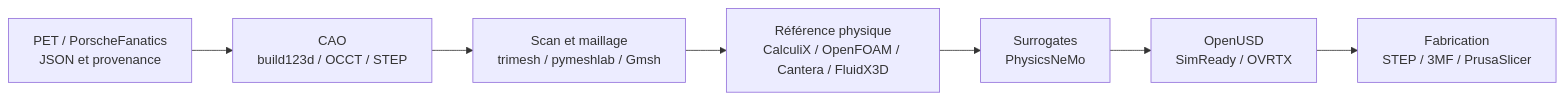
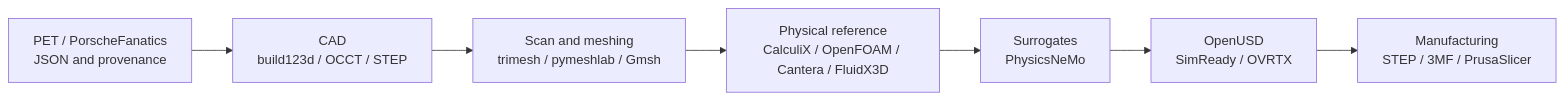
Before and after one commit to cluster2600/porscheparts: the first of 2 diagrams in docs/SOFTWARE_STACK.md, drawn with Mermaid. The commit also changed other lines of this file and 79 other files, not shown here.

````diff
--- a/docs/SOFTWARE_STACK.md
+++ b/docs/SOFTWARE_STACK.md
@@ -18,9 +19,9 @@
 ```mermaid
 flowchart LR
-    PET["PET / PorscheFanatics<br/>JSON et provenance"] --> CAD["CAO<br/>build123d / OCCT / STEP"]
-    CAD --> MESH["Scan et maillage<br/>trimesh / pymeshlab / Gmsh"]
-    MESH --> CAE["Référence physique<br/>CalculiX / OpenFOAM / Cantera / FluidX3D"]
+    PET["PET / PorscheFanatics<br/>JSON and provenance"] --> CAD["CAD<br/>build123d / OCCT / STEP"]
+    CAD --> MESH["Scan and meshing<br/>trimesh / pymeshlab / Gmsh"]
+    MESH --> CAE["Physical reference<br/>CalculiX / OpenFOAM / Cantera / FluidX3D"]
     CAE --> PN["Surrogates<br/>PhysicsNeMo"]
     PN --> USD["OpenUSD<br/>SimReady / OVRTX"]
-    USD --> MFG["Fabrication<br/>STEP / 3MF / PrusaSlicer"]
+    USD --> MFG["Manufacturing<br/>STEP / 3MF / PrusaSlicer"]
 ```
````
